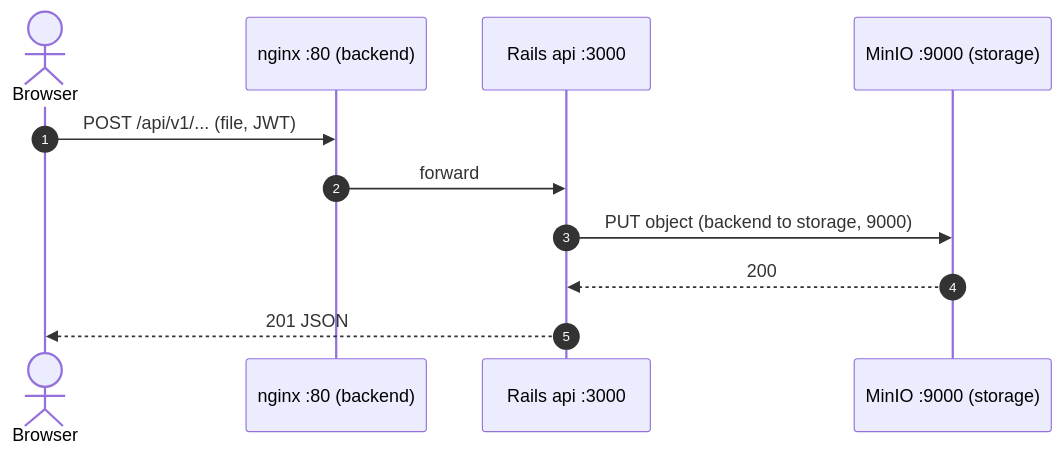
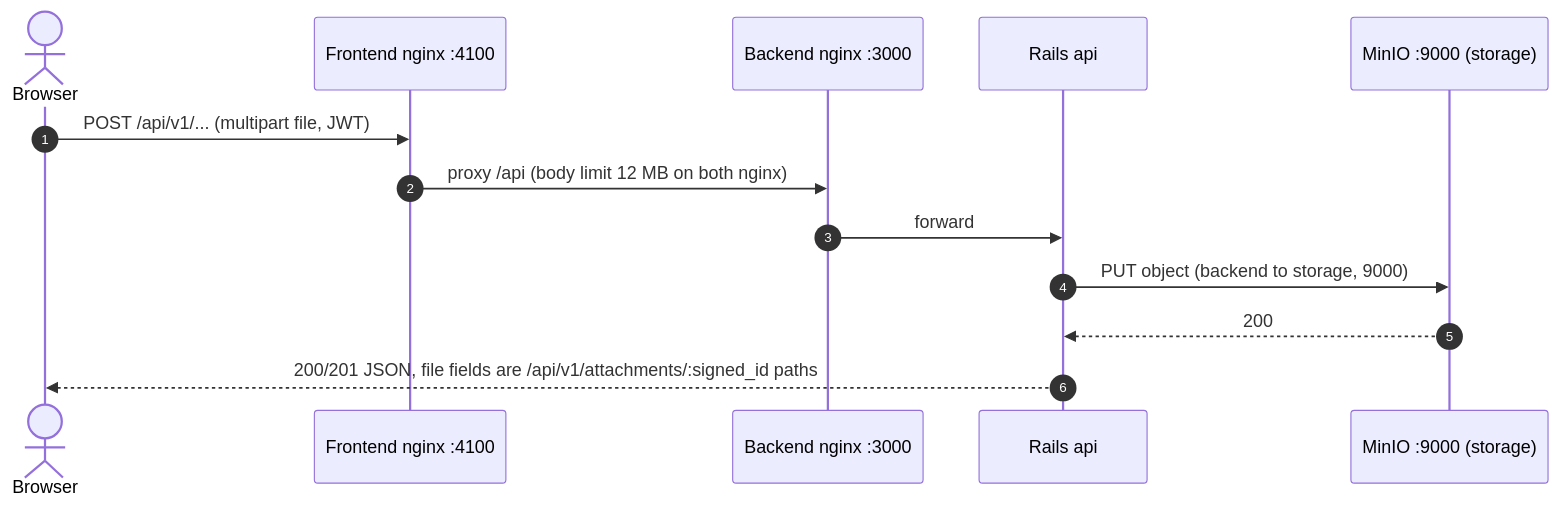
The first of 2 diagrams in docs/minio/FILE-ACCESS-SEQUENCE.md (arya020595/st_dofi_backend), drawn with Mermaid before and after one commit. The commit also changed other lines of this file and 10 other files, not shown here.

````diff
--- a/docs/minio/FILE-ACCESS-SEQUENCE.md
+++ b/docs/minio/FILE-ACCESS-SEQUENCE.md
@@ -10,14 +24,16 @@
 ```mermaid
 sequenceDiagram
     autonumber
     actor B as Browser
-    participant N as nginx :80 (backend)
-    participant R as Rails api :3000
+    participant F as Frontend nginx :4100
+    participant N as Backend nginx :3000
+    participant R as Rails api
     participant M as MinIO :9000 (storage)
 
-    B->>N: POST /api/v1/... (file, JWT)
+    B->>F: POST /api/v1/... (multipart file, JWT)
+    F->>N: proxy /api (body limit 12 MB on both nginx)
     N->>R: forward
     R->>M: PUT object (backend to storage, 9000)
     M-->>R: 200
-    R-->>B: 201 JSON
+    R-->>B: 200/201 JSON, file fields are /api/v1/attachments/:signed_id paths
 ```
````
